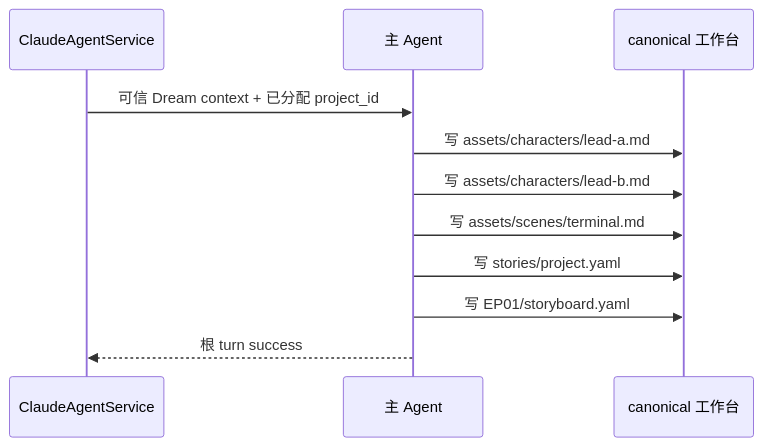
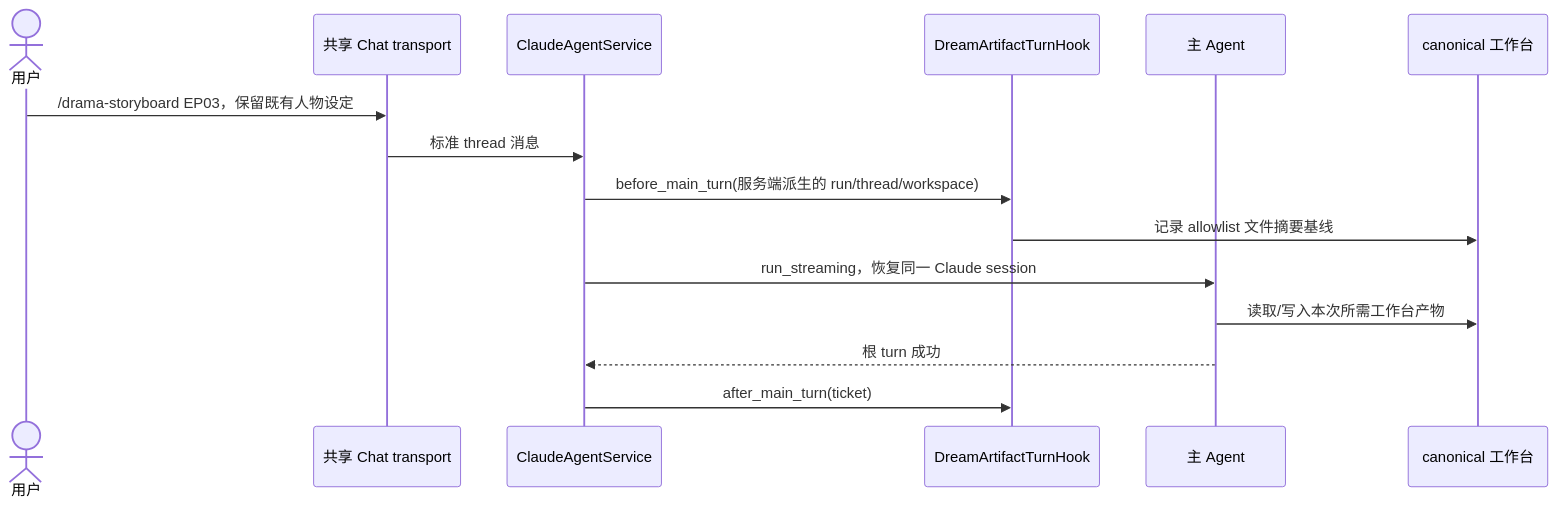
Before and after one commit to glide-the/im-dream: the third of 8 diagrams in docs/design/dream-agent/business-interaction-design.md, drawn with Mermaid. The commit also changed other lines of this file and 99 other files, not shown here.

````diff
--- a/docs/design/dream-agent/business-interaction-design.md
+++ b/docs/design/dream-agent/business-interaction-design.md
@@ -33,14 +100,18 @@
 ```mermaid
 sequenceDiagram
+    actor U as 用户
+    participant C as 共享 Chat transport
     participant S as ClaudeAgentService
+    participant H as DreamArtifactTurnHook
     participant A as 主 Agent
     participant W as canonical 工作台
 
-    S->>A: 可信 Dream context + 已分配 project_id
-    A->>W: 写 assets/characters/lead-a.md
-    A->>W: 写 assets/characters/lead-b.md
-    A->>W: 写 assets/scenes/terminal.md
-    A->>W: 写 stories/project.yaml
-    A->>W: 写 EP01/storyboard.yaml
-    A-->>S: 根 turn success
+    U->>C: /drama-storyboard EP03，保留既有人物设定
+    C->>S: 标准 thread 消息
+    S->>H: before_main_turn(服务端派生的 run/thread/workspace)
+    H->>W: 记录 allowlist 文件摘要基线
+    S->>A: run_streaming，恢复同一 Claude session
+    A->>W: 读取/写入本次所需工作台产物
+    A-->>S: 根 turn 成功
+    S->>H: after_main_turn(ticket)
 ```
````
